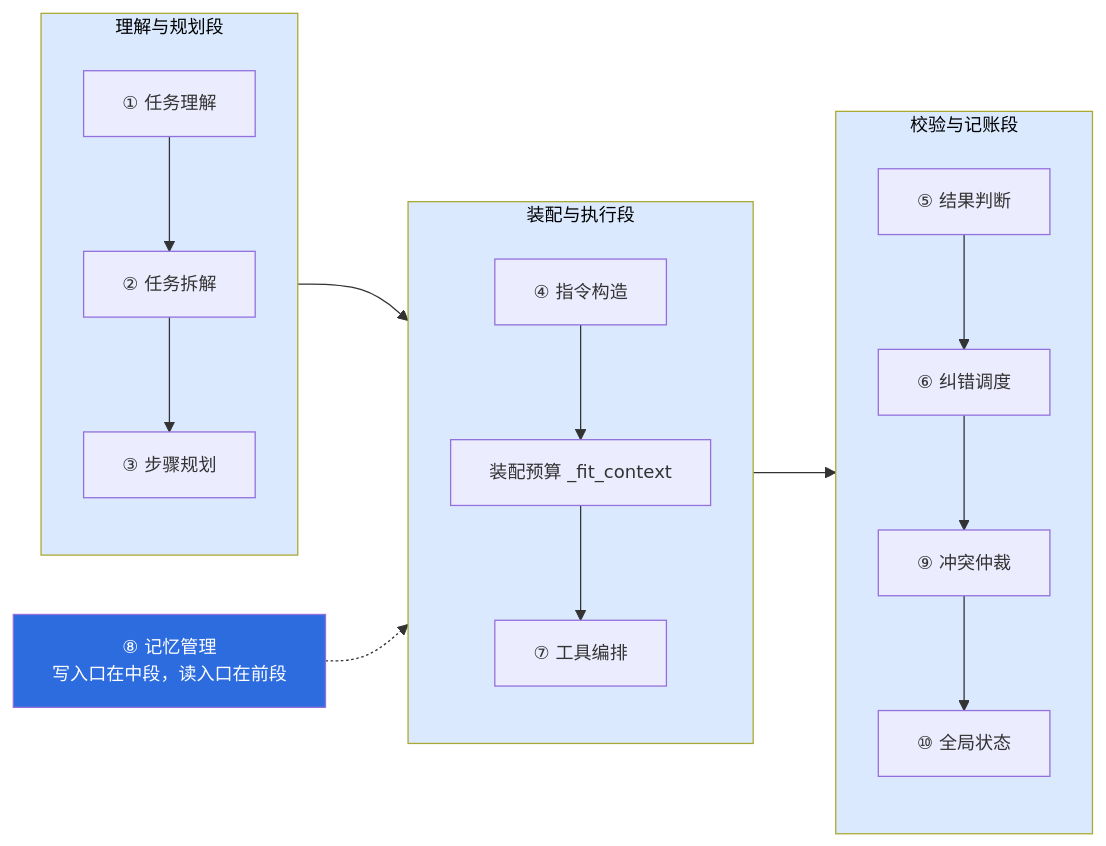
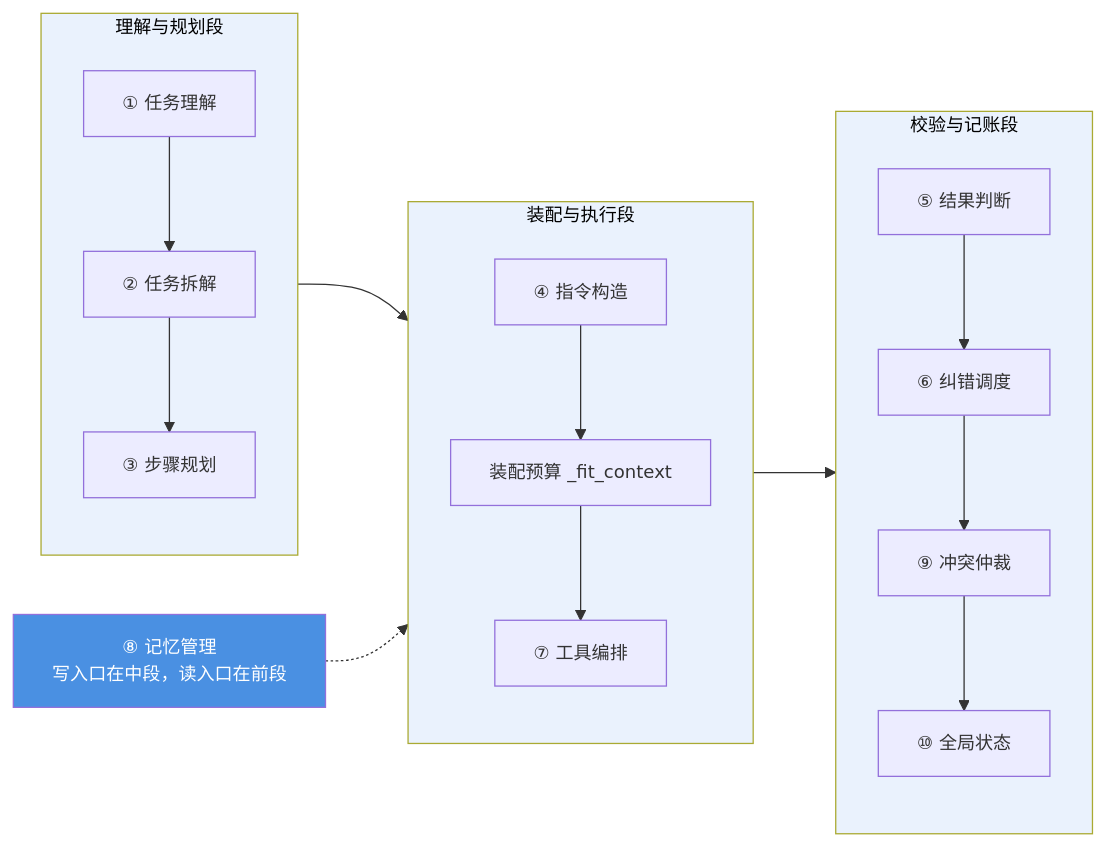
Before and after one commit to jiangchuangege/xiaojiao-harnees: the second of 5 diagrams in docs/modules/01-carrier-core.md, drawn with Mermaid. The commit also changed other lines of this file and 32 other files, not shown here.

Commit message:
统一：全仓原理图配色到一套调色板 + 给 12 张灰图补色 + 修正自己会睡那张过期图

````diff
--- a/docs/modules/01-carrier-core.md
+++ b/docs/modules/01-carrier-core.md
@@ -151,23 +151,23 @@
 ```mermaid
 %%{init: {"themeVariables": {"fontSize": "14px"}, "flowchart": {"htmlLabels": true, "wrappingWidth": 340, "nodeSpacing": 46, "rankSpacing": 64, "useMaxWidth": true}}}%%
 flowchart LR
     subgraph S1["理解与规划段"]
         direction TB
         A1["① 任务理解"] --> A2["② 任务拆解"] --> A3["③ 步骤规划"]
     end
     subgraph S2["装配与执行段"]
         direction TB
         B1["④ 指令构造"] --> B2["装配预算 _fit_context"] --> B3["⑦ 工具编排"]
     end
     subgraph S3["校验与记账段"]
         direction TB
         C1["⑤ 结果判断"] --> C2["⑥ 纠错调度"] --> C3["⑨ 冲突仲裁"] --> C4["⑩ 全局状态"]
     end
     S1 --> S2
     S2 --> S3
     M["⑧ 记忆管理<br/>写入口在中段，读入口在前段"] -.-> S2
-    style S1 fill:#dbe9ff,color:#000
-    style S2 fill:#dbe9ff,color:#000
-    style S3 fill:#dbe9ff,color:#000
-    style M fill:#2d6cdf,color:#fff
+    style S1 fill:#EAF2FD,color:#000
+    style S2 fill:#EAF2FD,color:#000
+    style S3 fill:#EAF2FD,color:#000
+    style M fill:#4A90E2,color:#fff
 ```
````
